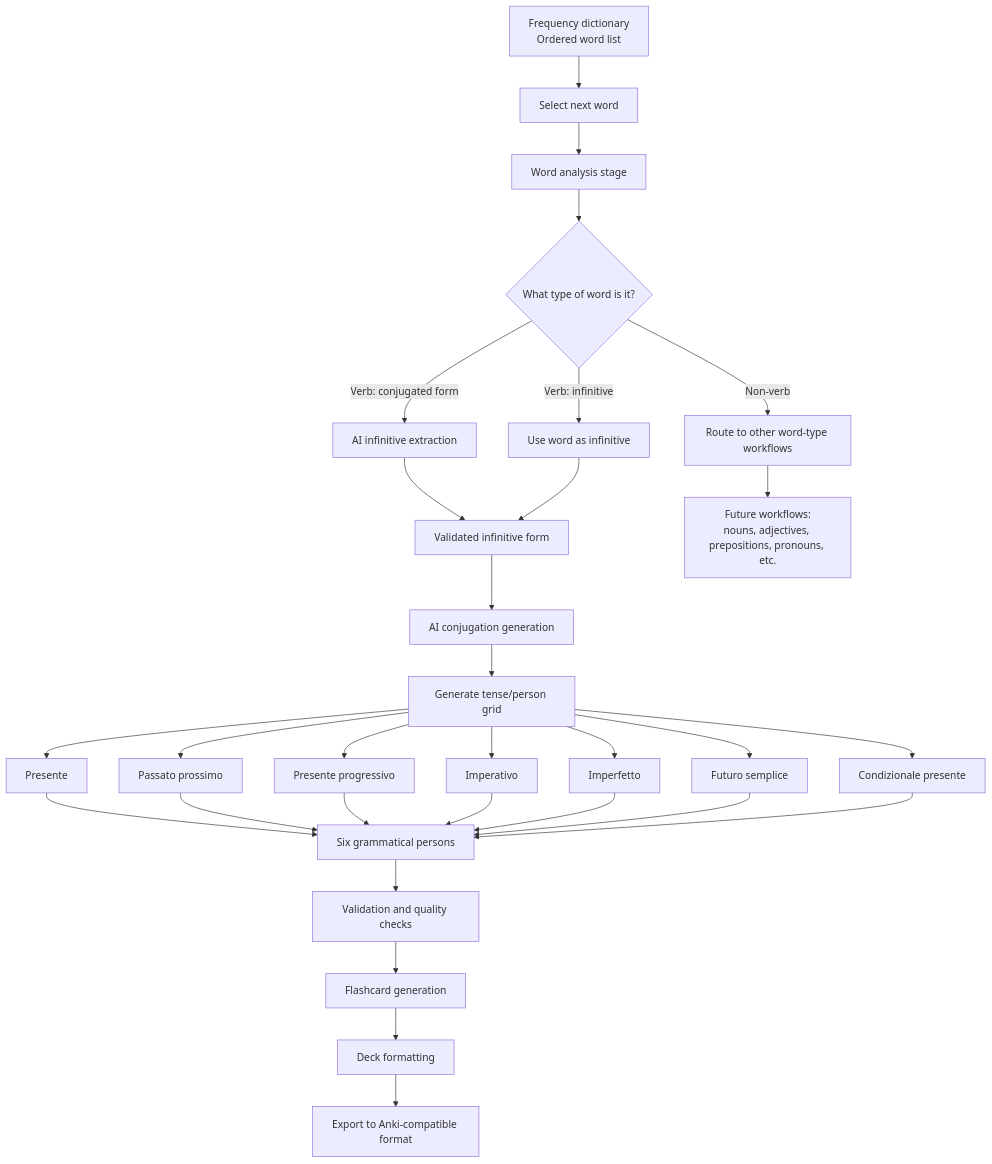
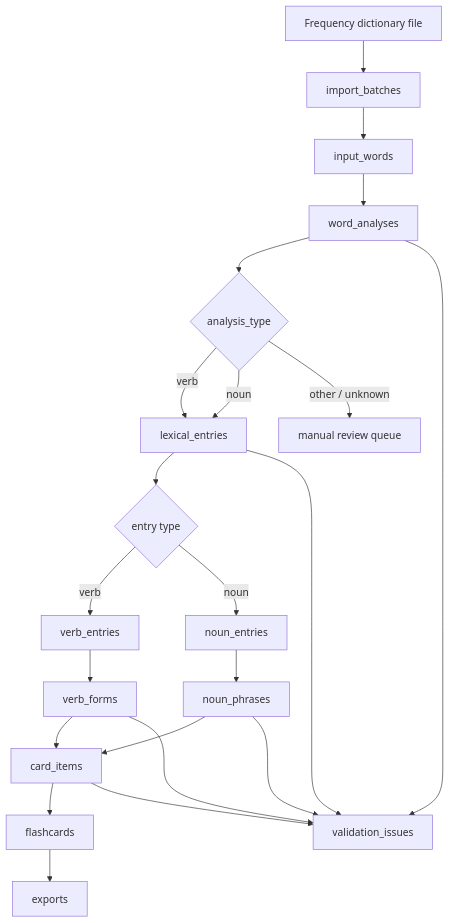
One commit to cameronengineer/italian-flashcards changed the first of 2 diagrams in README.md. Above: the diagram before and after it, drawn with Mermaid. The commit also changed other lines of this file, not shown here.

````diff
--- a/README.md
+++ b/README.md
@@ -32,41 +20,29 @@
 ```mermaid
 flowchart TD
-    A[Frequency dictionary<br/>Ordered word list] --> B[Select next word]
-    B --> C[Word analysis stage]
+    A[Frequency dictionary file] --> B[import_batches]
+    B --> C[input_words]
+    C --> D[word_analyses]
 
-    C --> D{What type of word is it?}
+    D --> E{analysis_type}
+    E -->|verb| F[lexical_entries]
+    E -->|noun| F
+    E -->|other / unknown| G[manual review queue]
 
-    D -->|Verb: infinitive| E[Use word as infinitive]
-    D -->|Verb: conjugated form| F[AI infinitive extraction]
-    D -->|Non-verb| G[Route to other word-type workflows]
+    F --> H{entry type}
+    H -->|verb| I[verb_entries]
+    H -->|noun| J[noun_entries]
 
-    F --> H[Validated infinitive form]
-    E --> H
+    I --> K[verb_forms]
+    J --> L[noun_phrases]
 
-    H --> I[AI conjugation generation]
+    K --> M[card_items]
+    L --> M
+    M --> N[flashcards]
+    N --> O[exports]
 
-    I --> J[Generate tense/person grid]
-
-    J --> K[Presente]
-    J --> L[Passato prossimo]
-    J --> M[Presente progressivo]
-    J --> N[Imperativo]
-    J --> O[Imperfetto]
-    J --> P[Futuro semplice]
-    J --> Q[Condizionale presente]
-
-    K --> R[Six grammatical persons]
-    L --> R
-    M --> R
-    N --> R
-    O --> R
-    P --> R
-    Q --> R
-
-    R --> S[Validation and quality checks]
-    S --> T[Flashcard generation]
-    T --> U[Deck formatting]
-    U --> V[Export to Anki-compatible format]
-
-    G --> W[Future workflows:<br/>nouns, adjectives, prepositions, pronouns, etc.]
+    D --> P[validation_issues]
+    F --> P
+    K --> P
+    L --> P
+    M --> P
 ```
````
